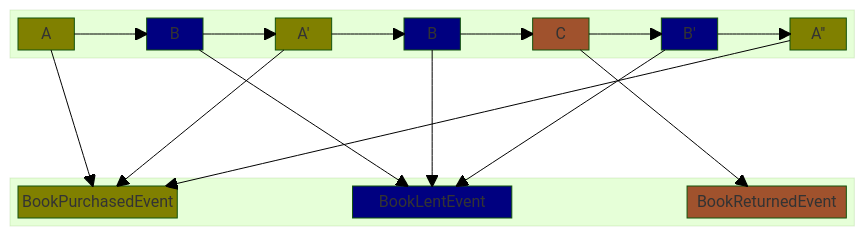
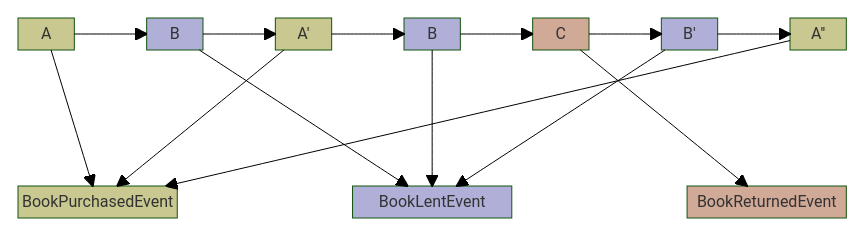
The first of 2 diagrams in mkdocs/docs/concepts/upcasting/index.md (open-cqrs/opencqrs), drawn with Mermaid (forest theme) before and after one commit. The commit also changed other lines of this file and 5 other files, not shown here.

````diff
--- a/mkdocs/docs/concepts/upcasting/index.md
+++ b/mkdocs/docs/concepts/upcasting/index.md
@@ -43,35 +43,37 @@
 ``` mermaid
 block-beta
     columns 1
     block:stream
         1["A"] space 2["B"] space 3["A'"] space 4["B"] space 5["C"] space 6["B'"] space 7["A''"]
     end
     
     1 --> 2
     2 --> 3
     3 --> 4
     4 --> 5
     5 --> 6
     6 --> 7
     
     space:2
     
     block:events
         BookPurchasedEvent space BookLentEvent space BookReturnedEvent
     end
     
     1 --> BookPurchasedEvent
     3 --> BookPurchasedEvent
     7 --> BookPurchasedEvent
     2 --> BookLentEvent
     4 --> BookLentEvent
     6 --> BookLentEvent
     5 --> BookReturnedEvent
 
-    classDef classA fill:olive;
+    classDef container fill:#00000000,stroke:#00000000;
+    class stream,events container
+    classDef classA fill:#8080006f;
     class 1,3,7,BookPurchasedEvent classA
-    classDef classB fill:navy;
+    classDef classB fill:#00008050;
     class 2,4,6,BookLentEvent classB
-    classDef classC fill:sienna;
+    classDef classC fill:#a0522d7e;
     class 5,BookReturnedEvent classC
 ```
````
